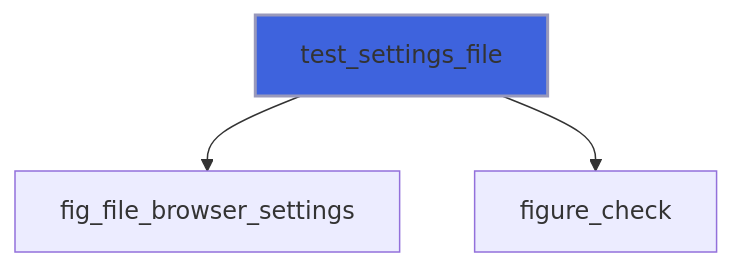
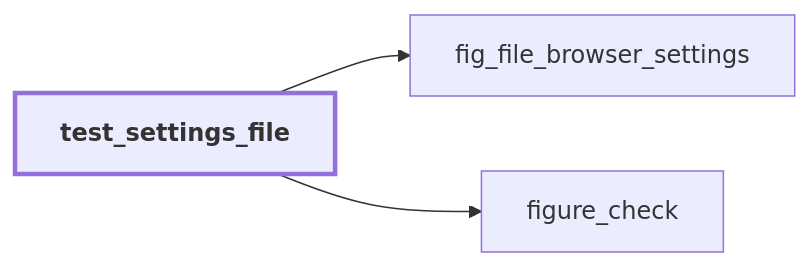
One commit to szaghi/figure changed diagram 13 of 57 in docs/api/src/lib/figure_testing.md. Above: the diagram before and after it, drawn with Mermaid. The commit also changed other lines of this file and 54 other files, not shown here.

````diff
--- a/docs/api/src/lib/figure_testing.md
+++ b/docs/api/src/lib/figure_testing.md
@@ -421,6 +506,9 @@
 ```mermaid
-flowchart TD
+flowchart LR
   test_settings_file["test_settings_file"] --> fig_file_browser_settings["fig_file_browser_settings"]
   test_settings_file["test_settings_file"] --> figure_check["figure_check"]
-  style test_settings_file fill:#3e63dd,stroke:#99b,stroke-width:2px
+  classDef focus stroke-width:3px,font-weight:bold
+  class test_settings_file focus
+  click figure_check href "figure_base.html#figure-check" "figure_check"
+  click fig_file_browser_settings href "figure_c_native.html#fig-file-browser-settings" "fig_file_browser_settings"
 ```
````
